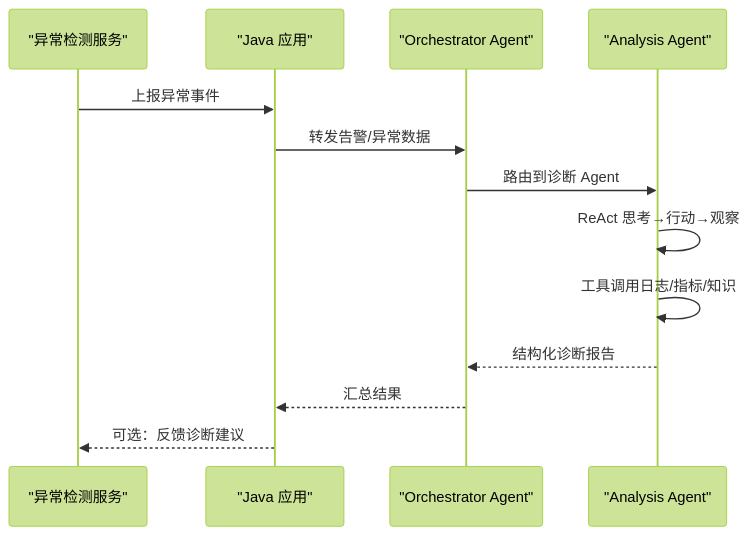
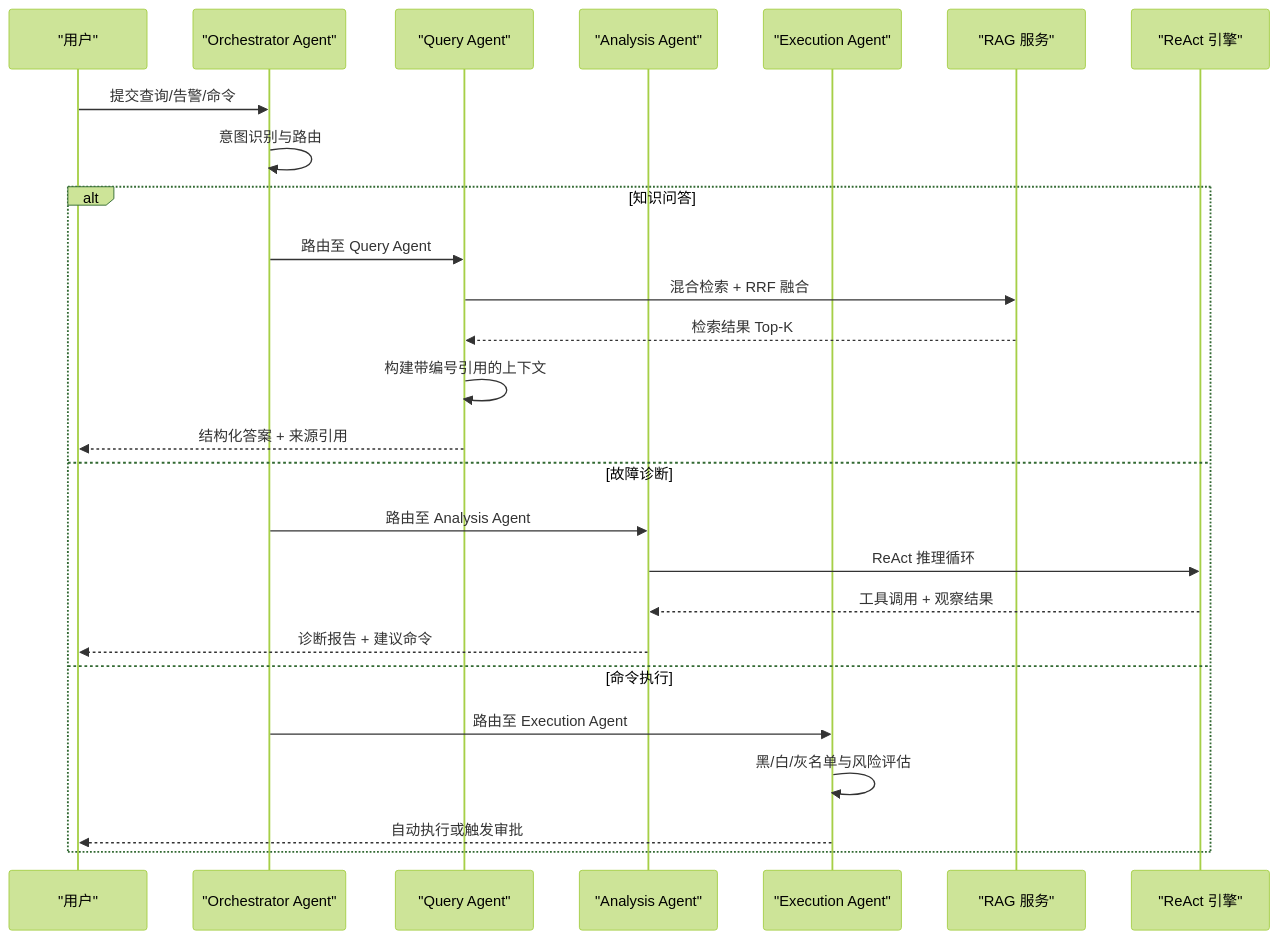
Before and after one commit to lyyzzz6/AIops: the second of 7 diagrams in .qoder/repowiki/zh/content/项目概述/核心功能特性.md, drawn with Mermaid (forest theme). The commit also changed other lines of this file and 371 other files, not shown here.

````diff
--- a/.qoder/repowiki/zh/content/项目概述/核心功能特性.md
+++ b/.qoder/repowiki/zh/content/项目概述/核心功能特性.md
@@ -155,15 +98,28 @@
 ```mermaid
 sequenceDiagram
-participant DET as "异常检测服务"
-participant JAVA as "Java 应用"
-participant ORCH as "Orchestrator Agent"
-participant ANA as "Analysis Agent"
-DET->>JAVA : 上报异常事件
-JAVA->>ORCH : 转发告警/异常数据
-ORCH->>ANA : 路由到诊断 Agent
-ANA->>ANA : ReAct 思考→行动→观察
-ANA->>ANA : 工具调用日志/指标/知识
-ANA-->>ORCH : 结构化诊断报告
-ORCH-->>JAVA : 汇总结果
-JAVA-->>DET : 可选：反馈诊断建议
+participant U as "用户"
+participant OA as "Orchestrator Agent"
+participant QA as "Query Agent"
+participant AA as "Analysis Agent"
+participant EA as "Execution Agent"
+participant RAG as "RAG 服务"
+participant RE as "ReAct 引擎"
+U->>OA : 提交查询/告警/命令
+OA->>OA : 意图识别与路由
+alt 知识问答
+OA->>QA : 路由至 Query Agent
+QA->>RAG : 混合检索 + RRF 融合
+RAG-->>QA : 检索结果 Top-K
+QA->>QA : 构建带编号引用的上下文
+QA-->>U : 结构化答案 + 来源引用
+else 故障诊断
+OA->>AA : 路由至 Analysis Agent
+AA->>RE : ReAct 推理循环
+RE-->>AA : 工具调用 + 观察结果
+AA-->>U : 诊断报告 + 建议命令
+else 命令执行
+OA->>EA : 路由至 Execution Agent
+EA->>EA : 黑/白/灰名单与风险评估
+EA-->>U : 自动执行或触发审批
+end
 ```
````
